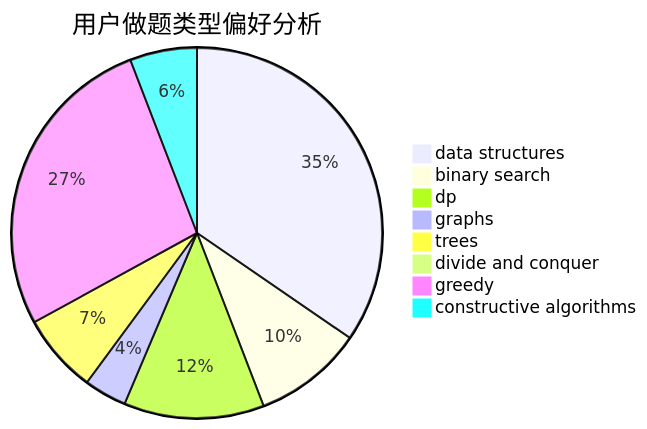
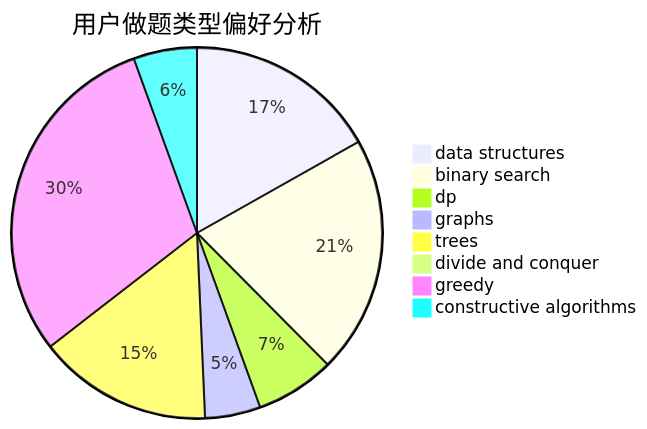
The second of 3 diagrams in docs/user/u1328.md (sherpahu/cfrs.github.io), drawn with Mermaid before and after one commit. The commit also changed other lines of this file and 2770 other files, not shown here.

````diff
--- a/docs/user/u1328.md
+++ b/docs/user/u1328.md
@@ -23,11 +23,11 @@
 ```mermaid
 pie title 用户做题类型偏好分析
-    "data structures" :  65
-    "binary search" :  18
-    "dp" :  23
-    "graphs" :  7
-    "trees" :  13
+    "data structures" :  73
+    "binary search" :  90
+    "dp" :  30
+    "graphs" :  21
+    "trees" :  66
     "divide and conquer" :  0
-    "greedy" :  51
-    "constructive algorithms" :  11
+    "greedy" :  130
+    "constructive algorithms" :  24
 ```
````
